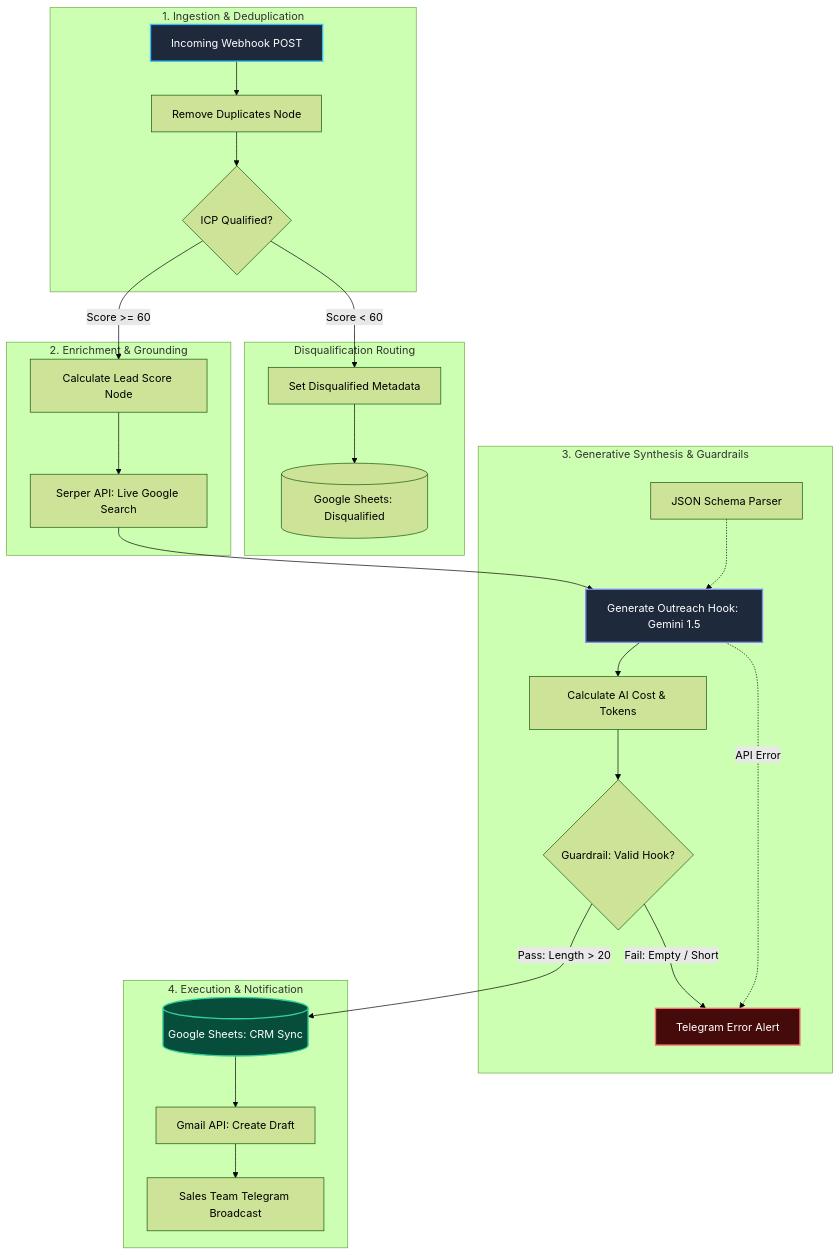
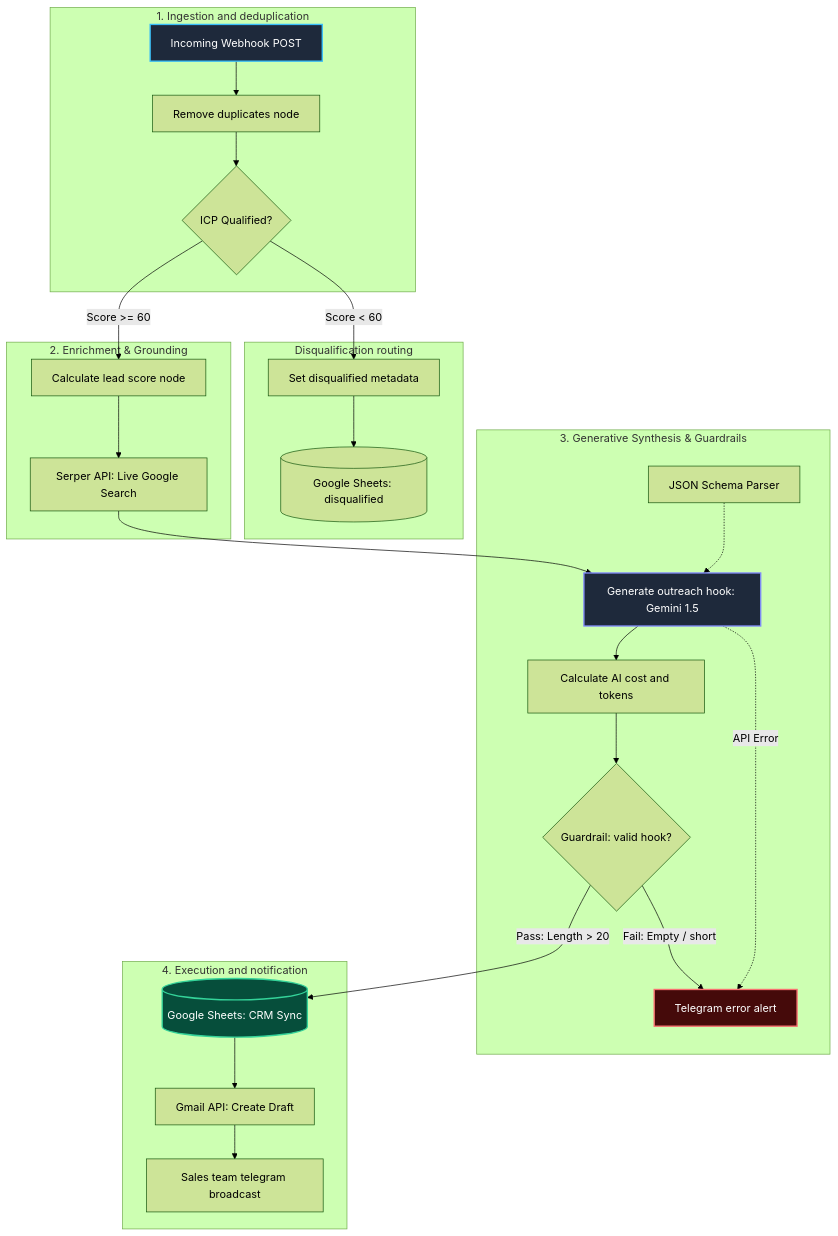
One commit to Shvirlok/Lead-enrichment-and-AI-cost-engine changed the diagram in README.md. Above: the diagram before and after it, drawn with Mermaid (forest theme). The commit also changed other lines of this file, not shown here.

````diff
--- a/README.md
+++ b/README.md
@@ -62,37 +62,37 @@
 ```mermaid
 graph TD
-    subgraph INGESTION ["1. Ingestion & Deduplication"]
-        WH[Incoming Webhook POST] --> DEDUP[Remove Duplicates Node]
+    subgraph INGESTION ["1. Ingestion and deduplication"]
+        WH[Incoming Webhook POST] --> DEDUP[Remove duplicates node]
         DEDUP --> ICP{ICP Qualified?}
     end
 
-    subgraph DISQUALIFICATION ["Disqualification Routing"]
-        ICP -->|Score < 60| META_DISQ[Set Disqualified Metadata]
-        META_DISQ --> SHEET_DISQ[(Google Sheets: Disqualified)]
+    subgraph DISQUALIFICATION ["Disqualification routing"]
+        ICP -->|Score < 60| META_DISQ[Set disqualified metadata]
+        META_DISQ --> SHEET_DISQ[(Google Sheets: disqualified)]
     end
 
     subgraph ENRICHMENT ["2. Enrichment & Grounding"]
-        ICP -->|Score >= 60| SCORE[Calculate Lead Score Node]
+        ICP -->|Score >= 60| SCORE[Calculate lead score node]
         SCORE --> SERPER[Serper API: Live Google Search]
     end
 
     subgraph AI_CORE ["3. Generative Synthesis & Guardrails"]
-        SERPER --> LLM_NODE[Generate Outreach Hook: Gemini 1.5]
+        SERPER --> LLM_NODE[Generate outreach hook: Gemini 1.5]
         SCHEMA[JSON Schema Parser] -.-> LLM_NODE
-        LLM_NODE --> COST[Calculate AI Cost & Tokens]
-        COST --> GUARD{Guardrail: Valid Hook?}
-        GUARD -->|Fail: Empty / Short| ERR_TG[Telegram Error Alert]
+        LLM_NODE --> COST[Calculate AI cost and tokens]
+        COST --> GUARD{Guardrail: valid hook?}
+        GUARD -->|Fail: Empty / short| ERR_TG[Telegram error alert]
         LLM_NODE -.->|API Error| ERR_TG
     end
 
-    subgraph EXECUTION ["4. Execution & Notification"]
+    subgraph EXECUTION ["4. Execution and notification"]
         GUARD -->|Pass: Length > 20| SHEET_QUAL[(Google Sheets: CRM Sync)]
         SHEET_QUAL --> GMAIL[Gmail API: Create Draft]
-        GMAIL --> TG[Sales Team Telegram Broadcast]
+        GMAIL --> TG[Sales team telegram broadcast]
     end
 
     style WH fill:#1e293b,stroke:#38bdf8,stroke-width:2px,color:#fff
     style LLM_NODE fill:#1e293b,stroke:#818cf8,stroke-width:2px,color:#fff
     style SHEET_QUAL fill:#064e3b,stroke:#34d399,stroke-width:2px,color:#fff
     style ERR_TG fill:#450a0a,stroke:#f87171,stroke-width:2px,color:#fff
 ```
````
